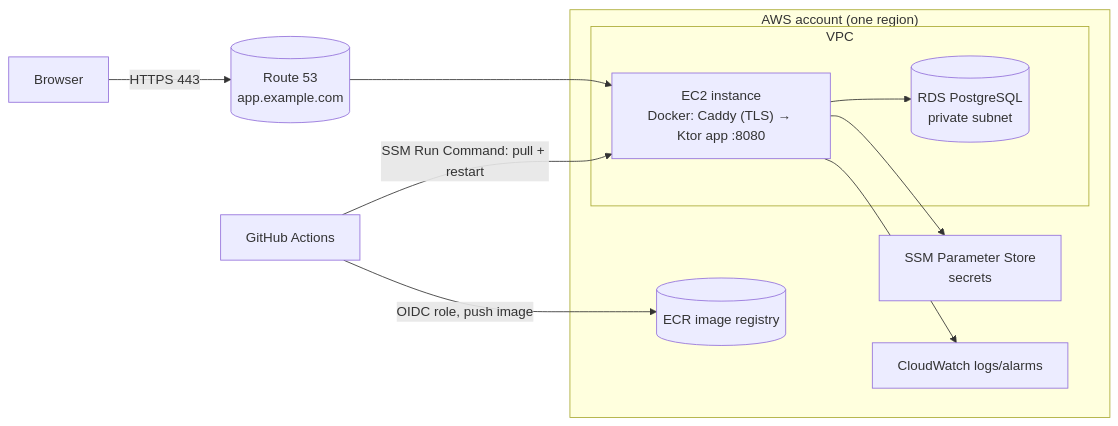
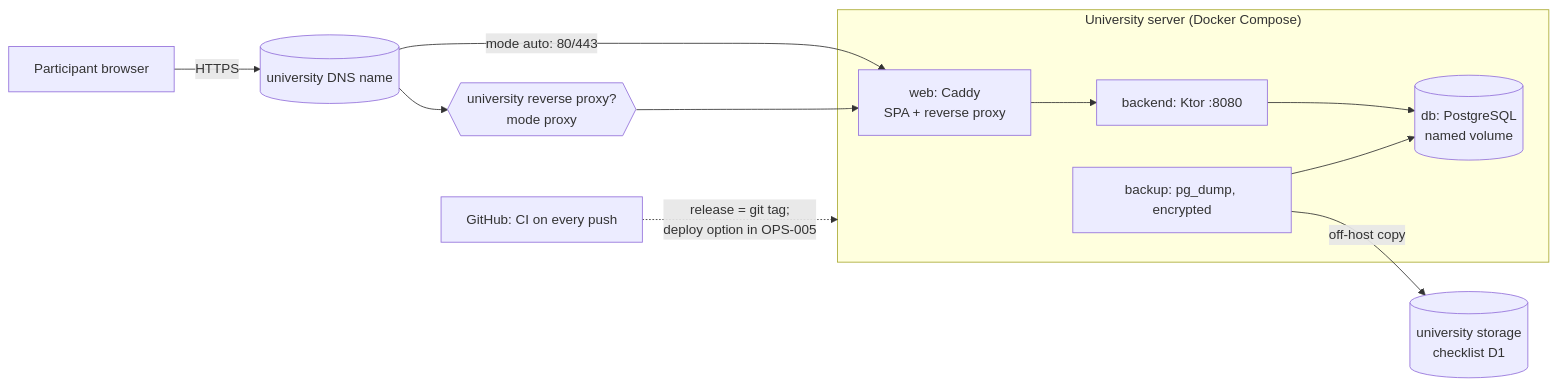
The diagram in tcc/07 - Operations/Deployment Learning Path/00 - Deployment Roadmap.md (UmBender/sparql-query-easy), drawn with Mermaid before and after one commit. The commit also changed other lines of this file and 20 other files, not shown here.

Commit message:
DOC-003 replan the deployment roadmap and LEARN-003…014 for the university server

````diff
--- a/tcc/07 - Operations/Deployment Learning Path/00 - Deployment Roadmap.md
+++ b/tcc/07 - Operations/Deployment Learning Path/00 - Deployment Roadmap.md
@@ -34,19 +35,14 @@
 ```mermaid
 flowchart LR
-  User[Browser] -->|HTTPS 443| DNS[(Route 53<br/>app.example.com)]
-  DNS --> EC2
-  subgraph AWS["AWS account (one region)"]
-    subgraph VPC
-      EC2["EC2 instance<br/>Docker: Caddy (TLS) → Ktor app :8080"]
-      RDS[("RDS PostgreSQL<br/>private subnet")]
-    end
-    ECR[(ECR image registry)]
-    SSM[SSM Parameter Store<br/>secrets]
-    CW[CloudWatch logs/alarms]
+  User[Participant browser] -->|HTTPS| Name[(university DNS name)]
+  Name --> Proxy{{university reverse proxy?<br/>mode proxy}}
+  Name -->|mode auto: 80/443| Web
+  Proxy --> Web
+  subgraph Server["University server (Docker Compose)"]
+    Web["web: Caddy<br/>SPA + reverse proxy"] --> Backend["backend: Ktor :8080"]
+    Backend --> DB[("db: PostgreSQL<br/>named volume")]
+    Backup["backup: pg_dump, encrypted"] --> DB
   end
-  GH[GitHub Actions] -->|OIDC role, push image| ECR
-  GH -->|SSM Run Command: pull + restart| EC2
-  EC2 --> RDS
-  EC2 --> SSM
-  EC2 --> CW
+  Backup -->|off-host copy| Store[(university storage<br/>checklist D1)]
+  GH[GitHub: CI on every push] -.->|release = git tag;<br/>deploy option in OPS-005| Server
 ```
````
